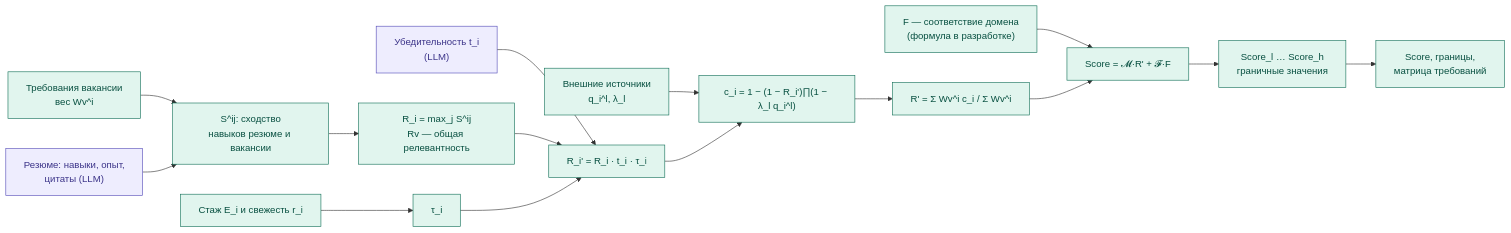
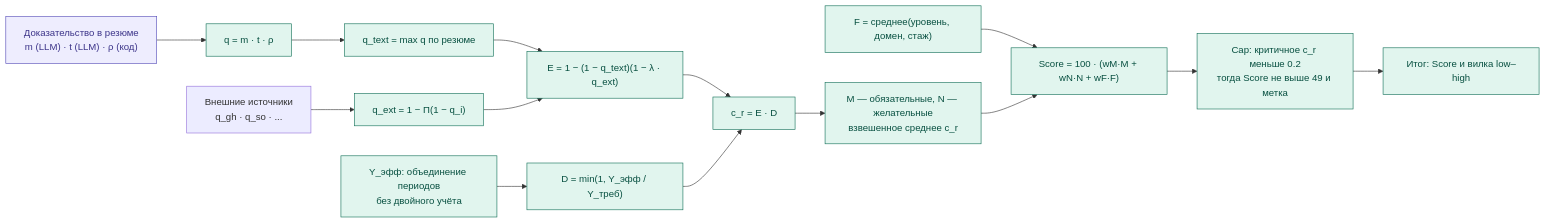
Before and after one commit to MiZentUi/tracing_ats: the fourth of 7 diagrams in README.md, drawn with Mermaid. The commit also changed other lines of this file and 131 other files, not shown here.

````diff
--- a/README.md
+++ b/README.md
@@ -345,23 +339,22 @@
 ```mermaid
 flowchart LR
     classDef llm fill:#EEEDFE,stroke:#534AB7,color:#3C3489
     classDef code fill:#E1F5EE,stroke:#0F6E56,color:#085041
 
-    V["Требования вакансии<br/>вес Wv^i"] --> S["S^ij: сходство<br/>навыков резюме и вакансии"]
-    R["Резюме: навыки, опыт,<br/>цитаты (LLM)"] --> S
-    S --> RI["R_i = max_j S^ij<br/>Rv — общая релевантность"]
-    EXP["Стаж E_i и свежесть r_i"] --> TAU["τ_i"]
-    CLM["Убедительность t_i<br/>(LLM)"] --> RP["R_i' = R_i · t_i · τ_i"]
-    RI --> RP
-    TAU --> RP
-    EXT["Внешние источники<br/>q_i^l, λ_l"] --> C["c_i = 1 − (1 − R_i')∏(1 − λ_l q_i^l)"]
-    RP --> C
-    C --> RPR["R' = Σ Wv^i c_i / Σ Wv^i"]
-    DOM["F — соответствие домена<br/>(формула в разработке)"] --> SC["Score = 𝓜·R' + 𝓕·F"]
-    RPR --> SC
-    SC --> B["Score_l … Score_h<br/>граничные значения"]
-    B --> OUT["Score, границы,<br/>матрица требований"]
+    EV["Доказательство в резюме<br/>m (LLM) · t (LLM) · ρ (код)"] --> Q["q = m · t · ρ"]
+    Q --> QT["q_text = max q по резюме"]
+    EXT["Внешние источники<br/>q_gh · q_so · ..."] --> QE["q_ext = 1 − Π(1 − q_i)"]
+    QT --> E["E = 1 − (1 − q_text)(1 − λ · q_ext)"]
+    QE --> E
+    Y["Y_эфф: объединение периодов<br/>без двойного учёта"] --> D["D = min(1, Y_эфф / Y_треб)"]
+    E --> C["c_r = E · D"]
+    D --> C
+    C --> MN["M — обязательные, N — желательные<br/>взвешенное среднее c_r"]
+    F["F = среднее(уровень, домен, стаж)"] --> S
+    MN --> S["Score = 100 · (wM·M + wN·N + wF·F)"]
+    S --> CAP["Cap: критичное c_r меньше 0.2<br/>тогда Score не выше 49 и метка"]
+    CAP --> R["Итог: Score и вилка low–high"]
 
-    class R,CLM llm
-    class V,S,RI,EXP,TAU,RP,EXT,C,RPR,DOM,SC,B,OUT code
+    class EV llm
+    class Q,QT,QE,E,Y,D,C,MN,F,S,CAP,R code
 ```
````
